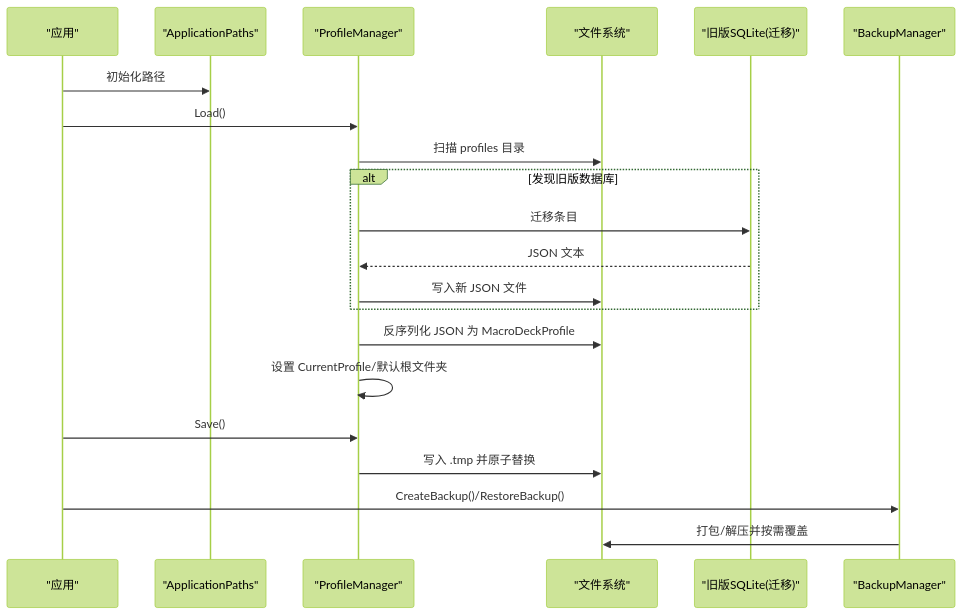
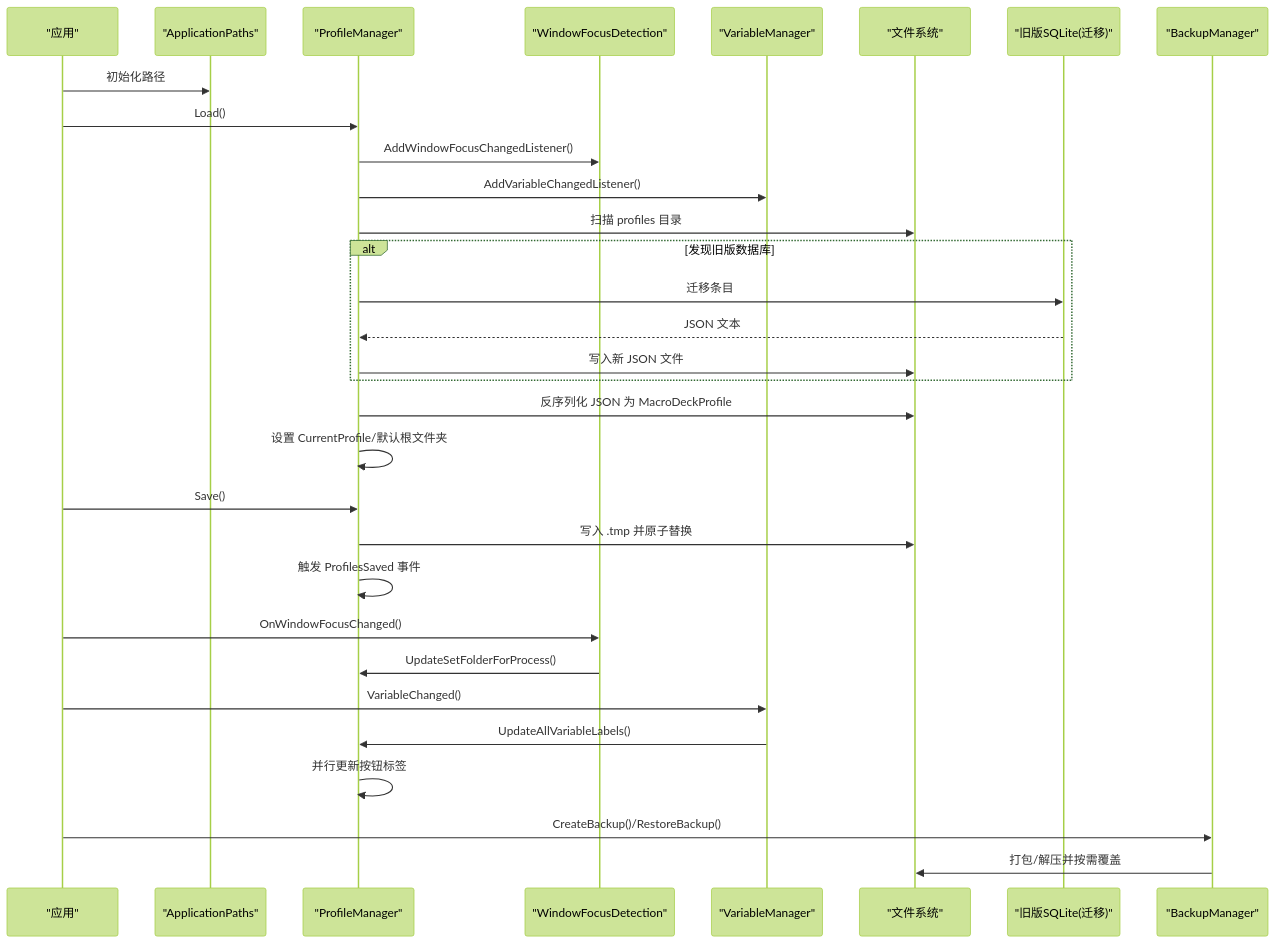
The second of 7 diagrams in .qoder/repowiki/zh/content/配置管理系统/配置文件管理.md (tea4go/Macro-Deck), drawn with Mermaid (forest theme) before and after one commit. The commit also changed other lines of this file and 5 other files, not shown here.

````diff
--- a/.qoder/repowiki/zh/content/配置管理系统/配置文件管理.md
+++ b/.qoder/repowiki/zh/content/配置管理系统/配置文件管理.md
@@ -130,23 +145,33 @@
 ```mermaid
 sequenceDiagram
 participant App as "应用"
 participant Paths as "ApplicationPaths"
 participant PM as "ProfileManager"
+participant WF as "WindowFocusDetection"
+participant VM as "VariableManager"
 participant FS as "文件系统"
 participant DB as "旧版SQLite(迁移)"
 participant BM as "BackupManager"
 App->>Paths : 初始化路径
 App->>PM : Load()
+PM->>WF : AddWindowFocusChangedListener()
+PM->>VM : AddVariableChangedListener()
 PM->>FS : 扫描 profiles 目录
 alt 发现旧版数据库
 PM->>DB : 迁移条目
 DB-->>PM : JSON 文本
 PM->>FS : 写入新 JSON 文件
 end
 PM->>FS : 反序列化 JSON 为 MacroDeckProfile
 PM->>PM : 设置 CurrentProfile/默认根文件夹
 App->>PM : Save()
 PM->>FS : 写入 .tmp 并原子替换
+PM->>PM : 触发 ProfilesSaved 事件
+App->>WF : OnWindowFocusChanged()
+WF->>PM : UpdateSetFolderForProcess()
+App->>VM : VariableChanged()
+VM->>PM : UpdateAllVariableLabels()
+PM->>PM : 并行更新按钮标签
 App->>BM : CreateBackup()/RestoreBackup()
 BM->>FS : 打包/解压并按需覆盖
 ```
````
